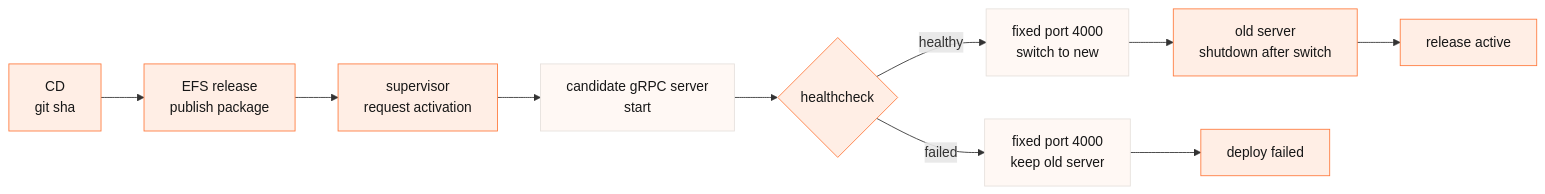
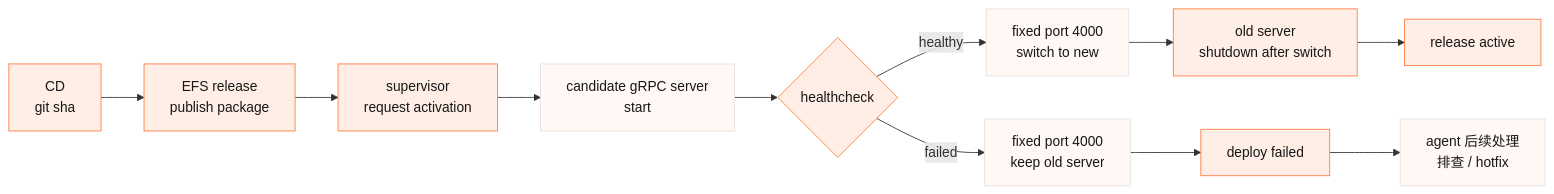
One commit to tihaya-anon/reporting changed the diagram in reports/data-agent/diagrams/release-switch.mmd. Above: the diagram before and after it, drawn with Mermaid. The commit also changed 19 other files, not shown here.

```diff
--- a/reports/data-agent/diagrams/release-switch.mmd
+++ b/reports/data-agent/diagrams/release-switch.mmd
@@ -1,14 +1,15 @@
 flowchart LR
   CD["CD<br/>git sha"] --> EFS["EFS release<br/>publish package"]
   EFS --> Sup["supervisor<br/>request activation"]
   Sup --> New["candidate gRPC server<br/>start"]
   New --> Health{"healthcheck"}
   Health -->|healthy| Switch["fixed port 4000<br/>switch to new"]
   Switch --> StopOld["old server<br/>shutdown after switch"]
   StopOld --> Active["release active"]
   Health -->|failed| KeepOld["fixed port 4000<br/>keep old server"]
   KeepOld --> Failed["deploy failed"]
+  Failed --> Agent["agent 后续处理<br/>排查 / hotfix"]
 
   classDef default fill:#FFEEE5,stroke:#FF7A3D,color:#171717,stroke-width:1px;
   classDef muted fill:#FFF8F4,stroke:#E6E0DC,color:#171717,stroke-width:1px;
-  class New,Switch,KeepOld muted;
+  class New,Switch,KeepOld,Agent muted;
```
